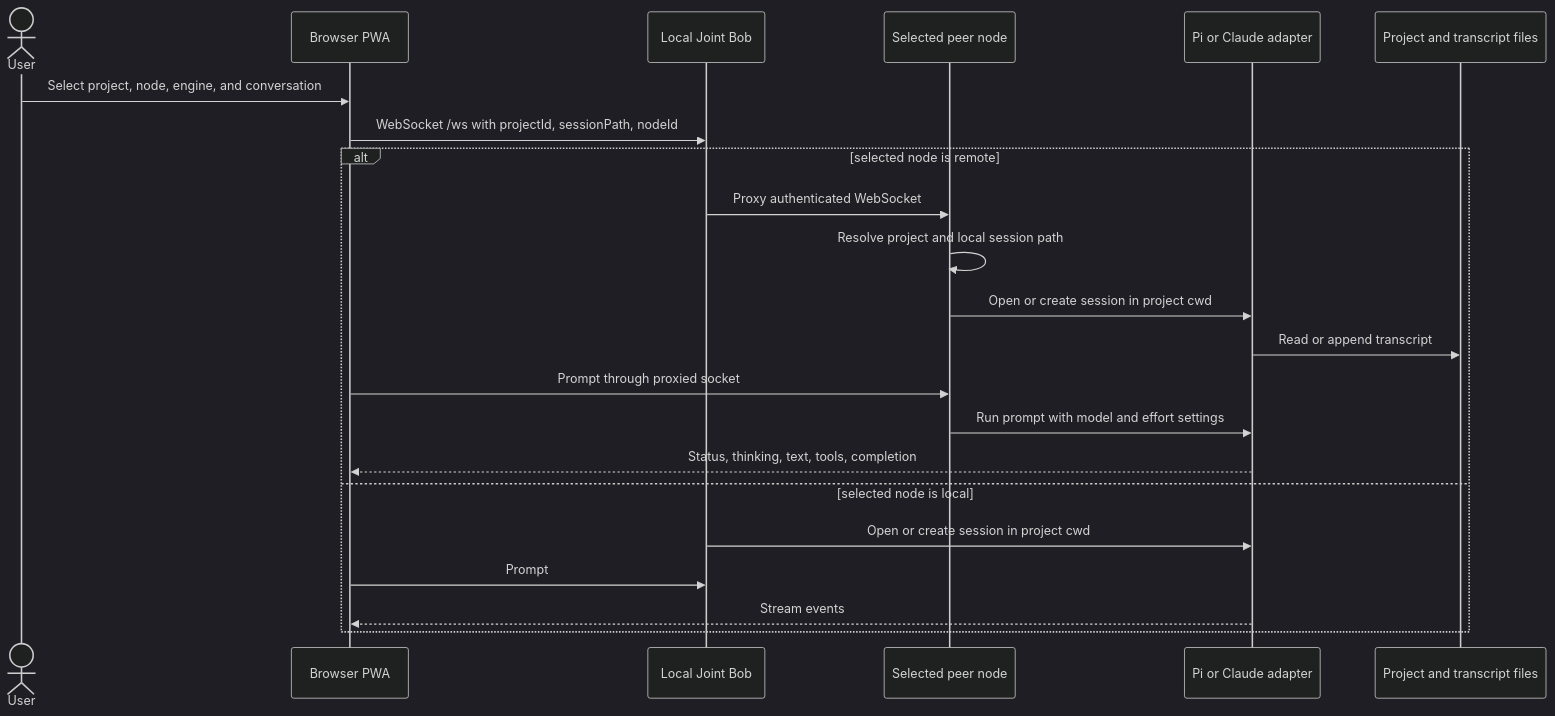
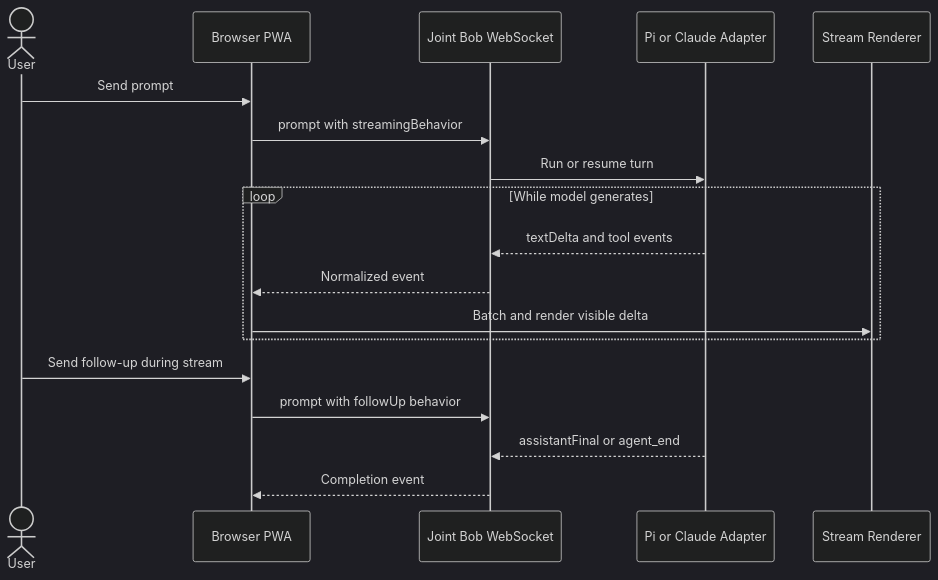
Before and after one commit to iliagerman/joint-bob: the second of 5 diagrams in aidlc/spaces/default/codekb/pi-mobile-web/architecture.md, drawn with Mermaid (dark theme). The commit also changed other lines of this file and 68 other files, not shown here.

````diff
--- a/aidlc/spaces/default/codekb/pi-mobile-web/architecture.md
+++ b/aidlc/spaces/default/codekb/pi-mobile-web/architecture.md
@@ -47,25 +60,21 @@
 ```mermaid
 sequenceDiagram
     actor User
     participant PWA as Browser PWA
-    participant Local as Local Joint Bob
-    participant Peer as Selected peer node
-    participant Adapter as Pi or Claude adapter
-    participant Files as Project and transcript files
+    participant Server as Joint Bob WebSocket
+    participant Adapter as Pi or Claude Adapter
+    participant Renderer as Stream Renderer
 
-    User->>PWA: Select project, node, engine, and conversation
-    PWA->>Local: WebSocket /ws with projectId, sessionPath, nodeId
-    alt selected node is remote
-        Local->>Peer: Proxy authenticated WebSocket
-        Peer->>Peer: Resolve project and local session path
-        Peer->>Adapter: Open or create session in project cwd
-        Adapter->>Files: Read or append transcript
-        PWA->>Peer: Prompt through proxied socket
-        Peer->>Adapter: Run prompt with model and effort settings
-        Adapter-->>PWA: Status, thinking, text, tools, completion
-    else selected node is local
-        Local->>Adapter: Open or create session in project cwd
-        PWA->>Local: Prompt
-        Adapter-->>PWA: Stream events
+    User->>PWA: Send prompt
+    PWA->>Server: prompt with streamingBehavior
+    Server->>Adapter: Run or resume turn
+    loop While model generates
+        Adapter-->>Server: textDelta and tool events
+        Server-->>PWA: Normalized event
+        PWA->>Renderer: Batch and render visible delta
     end
+    User->>PWA: Send follow-up during stream
+    PWA->>Server: prompt with followUp behavior
+    Adapter-->>Server: assistantFinal or agent_end
+    Server-->>PWA: Completion event
 ```
````
